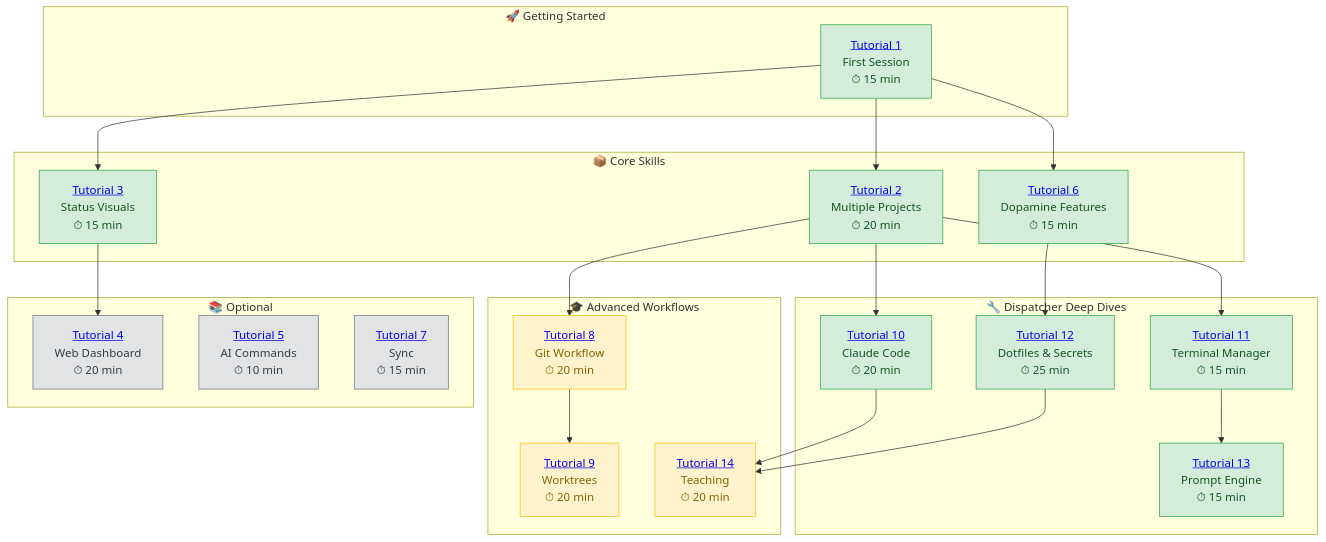
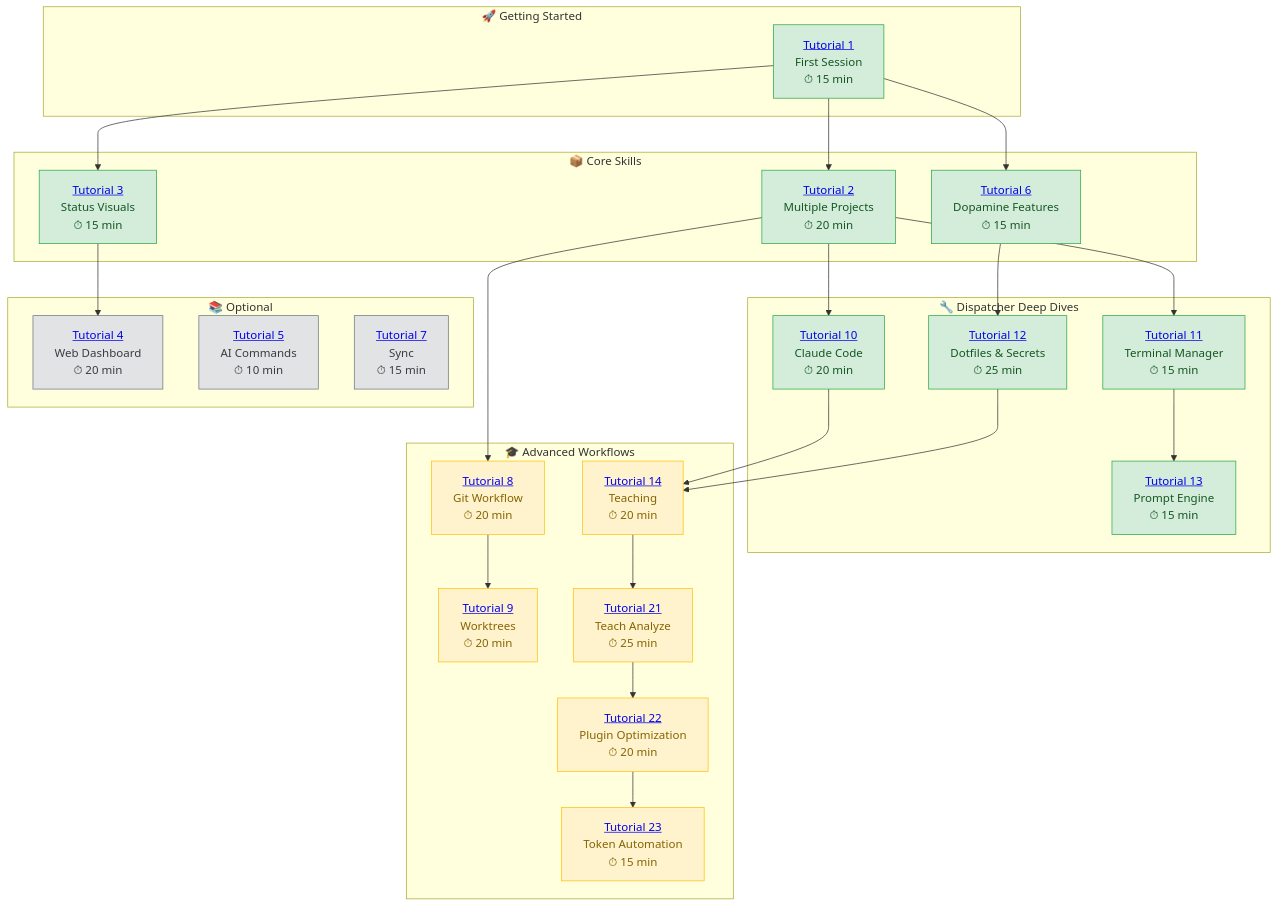
Before and after one commit to Data-Wise/flow-cli: the diagram in docs/tutorials/index.md, drawn with Mermaid. The commit also changed other lines of this file and 5 other files, not shown here.

First line of the commit message:
docs(tutorial): add Tutorial 23 - Token Automation

````diff
--- a/docs/tutorials/index.md
+++ b/docs/tutorials/index.md
@@ -13,58 +13,64 @@
 ```mermaid
 flowchart TD
     subgraph START["🚀 Getting Started"]
         T1["<a href='01-first-session/'>Tutorial 1</a><br/>First Session<br/>⏱ 15 min"]
     end
 
     subgraph CORE["📦 Core Skills"]
         T2["<a href='02-multiple-projects/'>Tutorial 2</a><br/>Multiple Projects<br/>⏱ 20 min"]
         T3["<a href='03-status-visualizations/'>Tutorial 3</a><br/>Status Visuals<br/>⏱ 15 min"]
         T6["<a href='06-dopamine-features/'>Tutorial 6</a><br/>Dopamine Features<br/>⏱ 15 min"]
     end
 
     subgraph TOOLS["🔧 Dispatcher Deep Dives"]
         T10["<a href='10-cc-dispatcher/'>Tutorial 10</a><br/>Claude Code<br/>⏱ 20 min"]
         T11["<a href='11-tm-dispatcher/'>Tutorial 11</a><br/>Terminal Manager<br/>⏱ 15 min"]
         T12["<a href='12-dot-dispatcher/'>Tutorial 12</a><br/>Dotfiles & Secrets<br/>⏱ 25 min"]
         T13["<a href='13-prompt-dispatcher/'>Tutorial 13</a><br/>Prompt Engine<br/>⏱ 15 min"]
     end
 
     subgraph ADVANCED["🎓 Advanced Workflows"]
         T8["<a href='08-git-feature-workflow/'>Tutorial 8</a><br/>Git Workflow<br/>⏱ 20 min"]
         T9["<a href='09-worktrees/'>Tutorial 9</a><br/>Worktrees<br/>⏱ 20 min"]
         T14["<a href='14-teach-dispatcher/'>Tutorial 14</a><br/>Teaching<br/>⏱ 20 min"]
+        T21["<a href='21-teach-analyze/'>Tutorial 21</a><br/>Teach Analyze<br/>⏱ 25 min"]
+        T22["<a href='22-plugin-optimization/'>Tutorial 22</a><br/>Plugin Optimization<br/>⏱ 20 min"]
+        T23["<a href='23-token-automation/'>Tutorial 23</a><br/>Token Automation<br/>⏱ 15 min"]
     end
 
     subgraph OPTIONAL["📚 Optional"]
         T4["<a href='04-web-dashboard/'>Tutorial 4</a><br/>Web Dashboard<br/>⏱ 20 min"]
         T5["<a href='05-ai-commands/'>Tutorial 5</a><br/>AI Commands<br/>⏱ 10 min"]
         T7["<a href='07-sync-command/'>Tutorial 7</a><br/>Sync<br/>⏱ 15 min"]
     end
 
     T1 --> T2
     T1 --> T3
     T1 --> T6
 
     T2 --> T8
     T2 --> T10
     T2 --> T11
 
     T3 --> T4
 
     T6 --> T12
 
     T8 --> T9
 
     T10 --> T14
     T12 --> T14
+    T14 --> T21
+    T21 --> T22
+    T22 --> T23
 
     T11 --> T13
 
     classDef beginner fill:#d4edda,stroke:#28a745,color:#155724
     classDef intermediate fill:#fff3cd,stroke:#ffc107,color:#856404
     classDef optional fill:#e2e3e5,stroke:#6c757d,color:#383d41
 
     class T1,T2,T3,T6,T10,T11,T12,T13 beginner
-    class T8,T9,T14 intermediate
+    class T8,T9,T14,T21,T22,T23 intermediate
     class T4,T5,T7 optional
 ```
````
